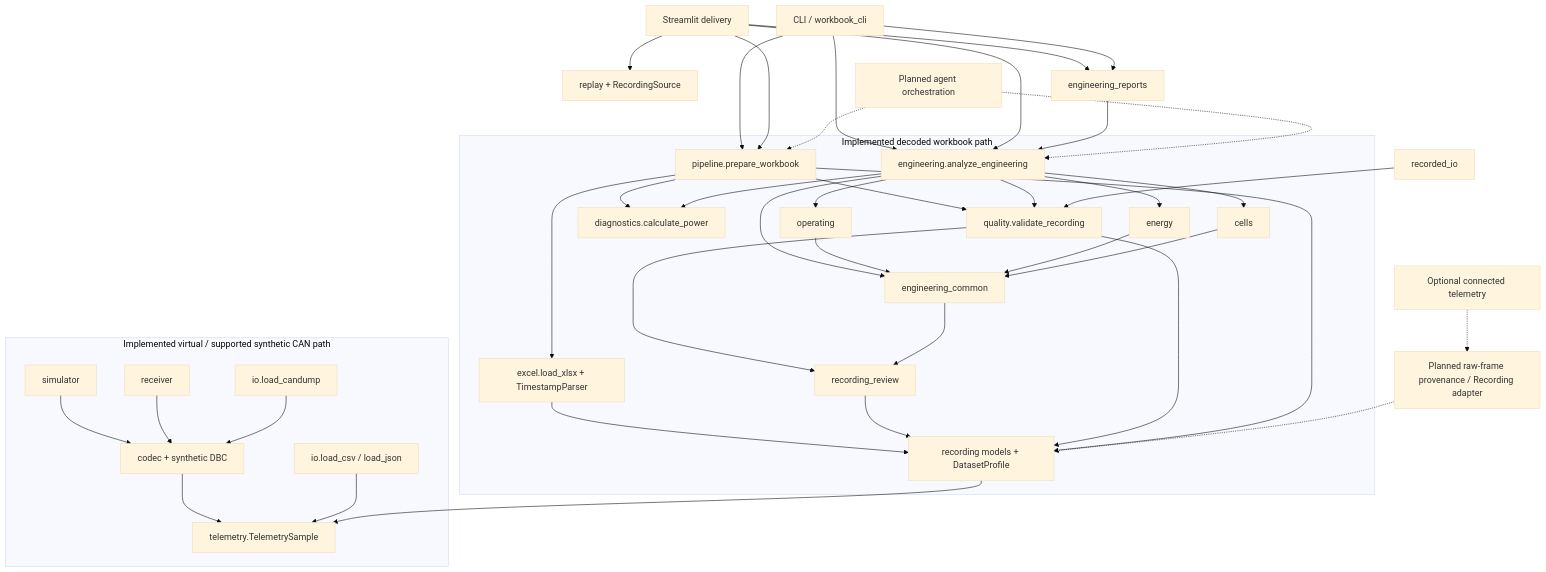
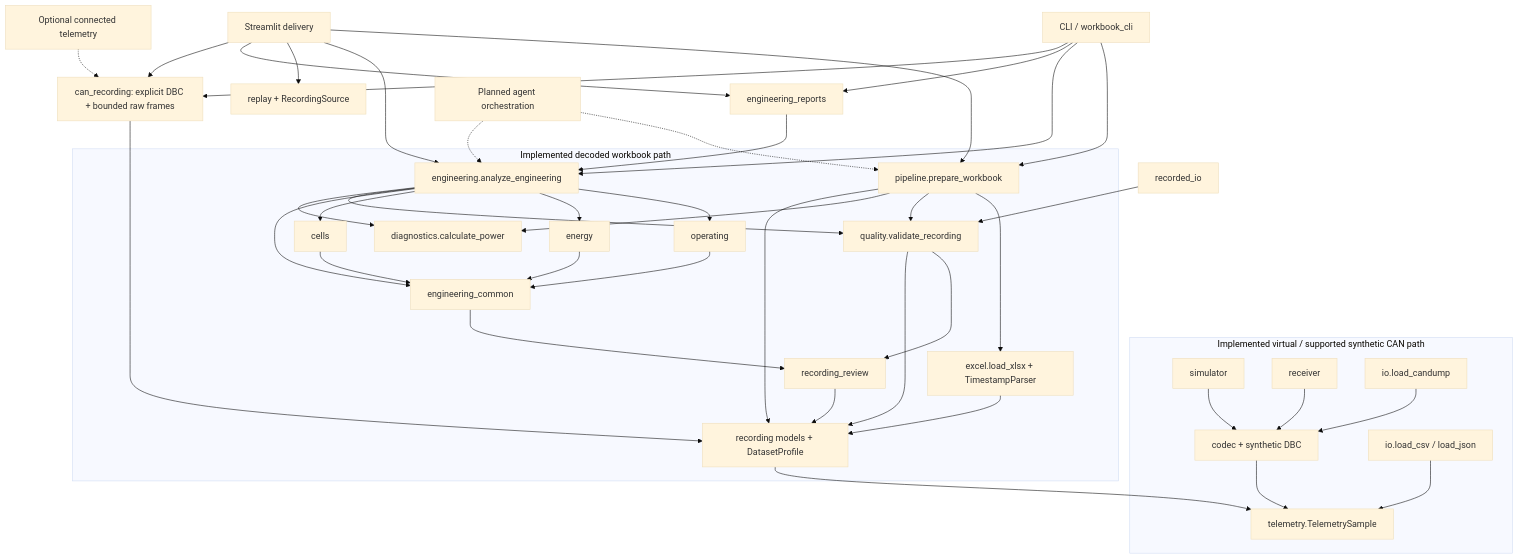
The diagram in docs/architecture.md (AsherFerdinand/vcan-ecu-telemetry-dashboard), drawn with Mermaid (base theme) before and after one commit. The commit also changed other lines of this file and 30 other files, not shown here.

Commit message:
Add bounded raw CAN investigation foundation and reproducible evidence policy

````diff
--- a/docs/architecture.md
+++ b/docs/architecture.md
@@ -58,45 +59,47 @@
 ```mermaid
 flowchart TB
   subgraph CAN[Implemented virtual / supported synthetic CAN path]
     S[simulator] --> C[codec + synthetic DBC]
     RX[receiver] --> C
     L[io.load_candump] --> C
     C --> T[telemetry.TelemetrySample]
     TABLE[io.load_csv / load_json] --> T
   end
   subgraph RECORDING[Implemented decoded workbook path]
     P[pipeline.prepare_workbook] --> X[excel.load_xlsx + TimestampParser]
     P --> Q[quality.validate_recording]
     P --> POWER[diagnostics.calculate_power]
     X --> R[recording models + DatasetProfile]
     Q --> REVIEW[recording_review]
     REVIEW --> R
     Q --> R
     R --> T
     E[engineering.analyze_engineering]
     P --> R
     E --> OP[operating]
     E --> EN[energy]
     E --> CELL[cells]
     E --> COMMON[engineering_common]
     OP --> COMMON
     EN --> COMMON
     CELL --> COMMON
     COMMON --> REVIEW
     E --> Q
     E --> POWER
   end
   CLI[CLI / workbook_cli] --> P
   CLI --> E
   UI[Streamlit delivery] --> P
   UI --> E
   UI --> REPLAY[replay + RecordingSource]
   REPORT[engineering_reports] --> E
   RIO[recorded_io] --> Q
   UI --> REPORT
   CLI --> REPORT
-  V04[Planned raw-frame provenance / Recording adapter] -.-> R
+  V04[can_recording: explicit DBC + bounded raw frames] --> R
+  CLI --> V04
+  UI --> V04
   AGENT[Planned agent orchestration] -.-> P
   AGENT -.-> E
   CLOUD[Optional connected telemetry] -.-> V04
 ```
````
